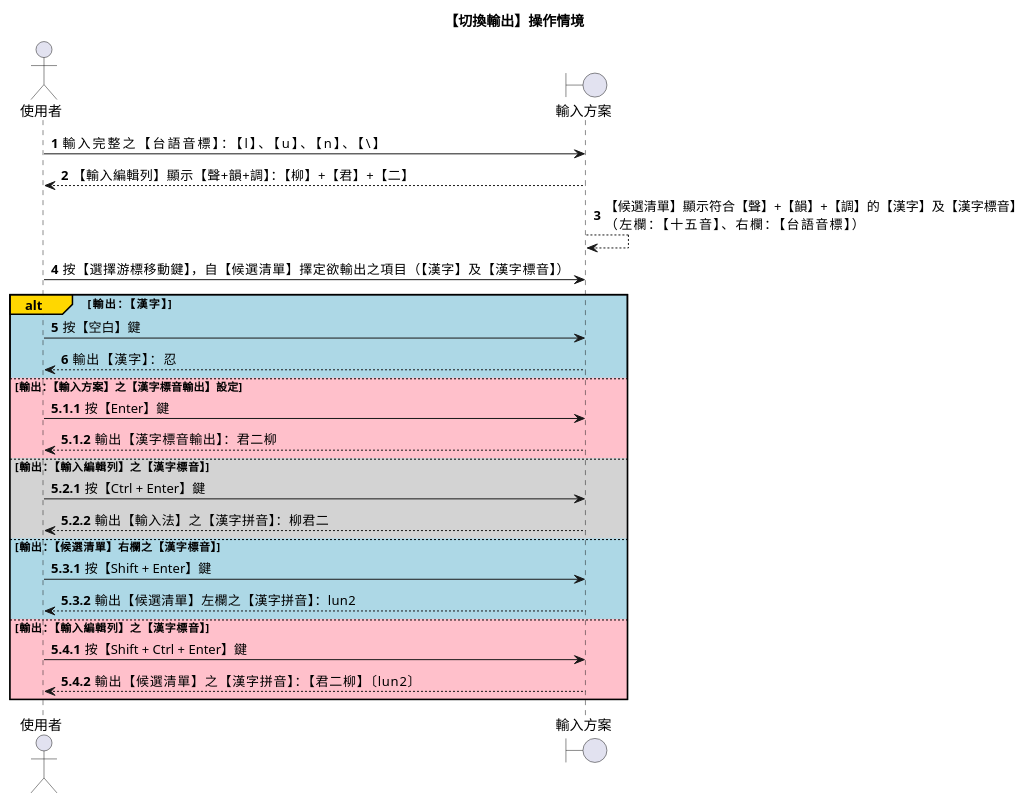
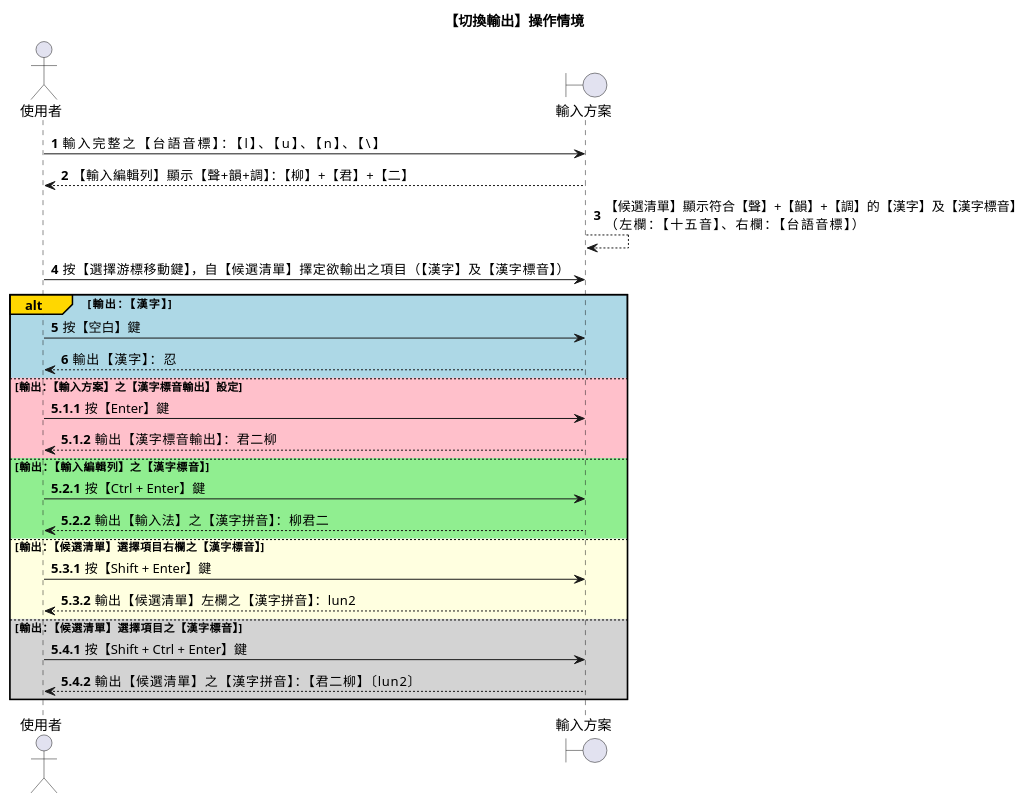
Before and after one commit to AlanJui/rime-tlpa: diagram 11 of 12 in docs/310_反切輸入法【台語音標】設計規格.md, drawn with PlantUML. The commit also changed other lines of this file, not shown here.

````diff
--- a/docs/310_反切輸入法【台語音標】設計規格.md
+++ b/docs/310_反切輸入法【台語音標】設計規格.md
@@ -538,40 +538,40 @@
 ```plantuml
 @startuml
 title 【切換輸出】操作情境
 actor 使用者 as user
 boundary 輸入方案 as ime
 autonumber
 
 user -> ime : 輸入完整之【台語音標】：【l】、【u】、【n】、【\】
 ime --> user : 【輸入編輯列】顯示【聲+韻+調】：【柳】+【君】+【二】
 ime --> ime : 【候選清單】顯示符合【聲】+【韻】+【調】的【漢字】及【漢字標音】\n（左欄：【十五音】、右欄：【台語音標】）
 
 user -> ime : 按【選擇游標移動鍵】，自【候選清單】擇定欲輸出之項目（【漢字】及【漢字標音】）
 
 alt#Gold #LightBlue 輸出：【漢字】
     user -> ime : 按【空白】鍵
     ime --> user : 輸出【漢字】：忍
 
 autonumber 5.1.1
 else #Pink 輸出：【輸入方案】之【漢字標音輸出】設定
     user -> ime : 按【Enter】鍵
     ime --> user : 輸出【漢字標音輸出】：君二柳
 
 autonumber 5.2.1
-else #LightGrey 輸出：【輸入編輯列】之【漢字標音】
+else #LightGreen 輸出：【輸入編輯列】之【漢字標音】
     user -> ime : 按【Ctrl + Enter】鍵
     ime --> user : 輸出【輸入法】之【漢字拼音】：柳君二
 
 autonumber 5.3.1
-else #LightBlue 輸出：【候選清單】右欄之【漢字標音】
+else #LightYellow 輸出：【候選清單】選擇項目右欄之【漢字標音】
     user -> ime : 按【Shift + Enter】鍵
     ime --> user : 輸出【候選清單】左欄之【漢字拼音】：lun2
 
 autonumber 5.4.1
-else #Pink 輸出：【輸入編輯列】之【漢字標音】
+else #LightGrey 輸出：【候選清單】選擇項目之【漢字標音】
     user -> ime : 按【Shift + Ctrl + Enter】鍵
     ime --> user : 輸出【候選清單】之【漢字拼音】：【君二柳】〔lun2〕
 end
 
 @enduml
 ```
````
